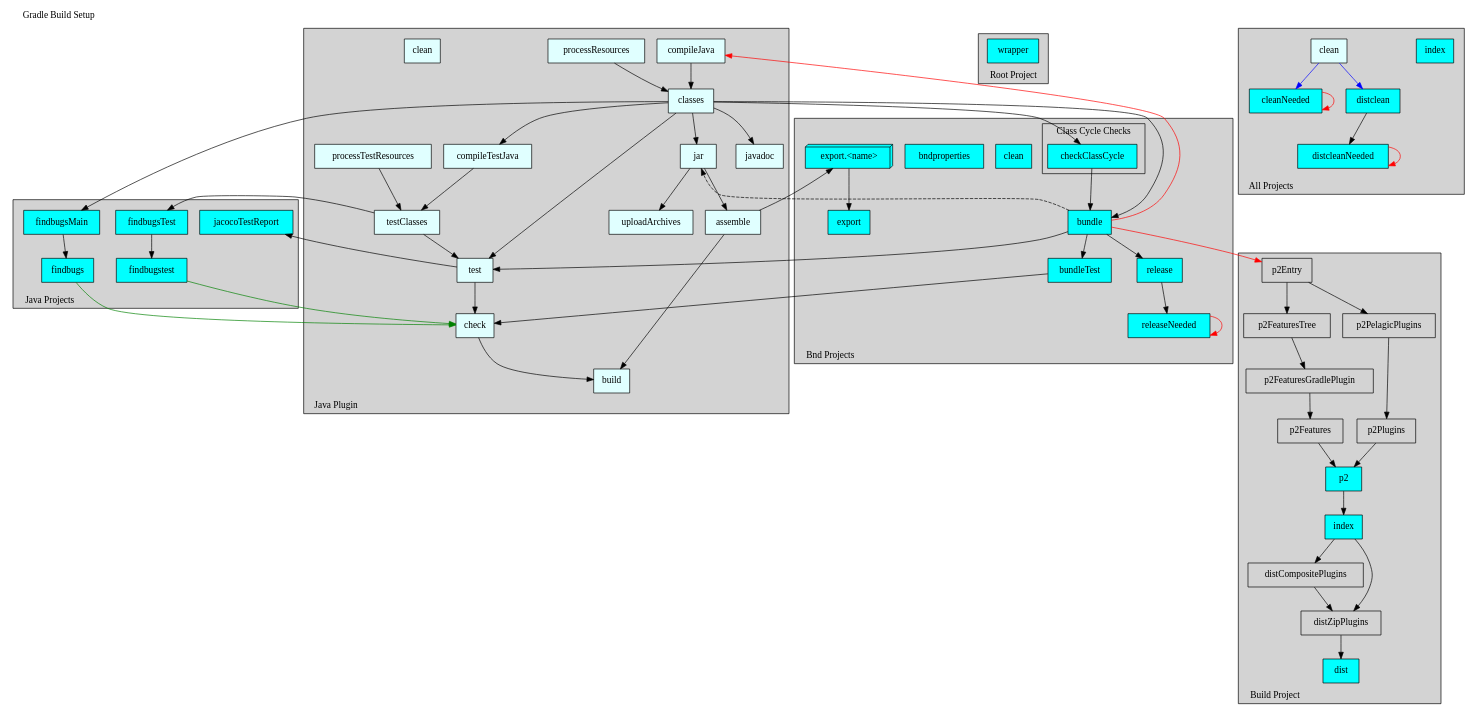
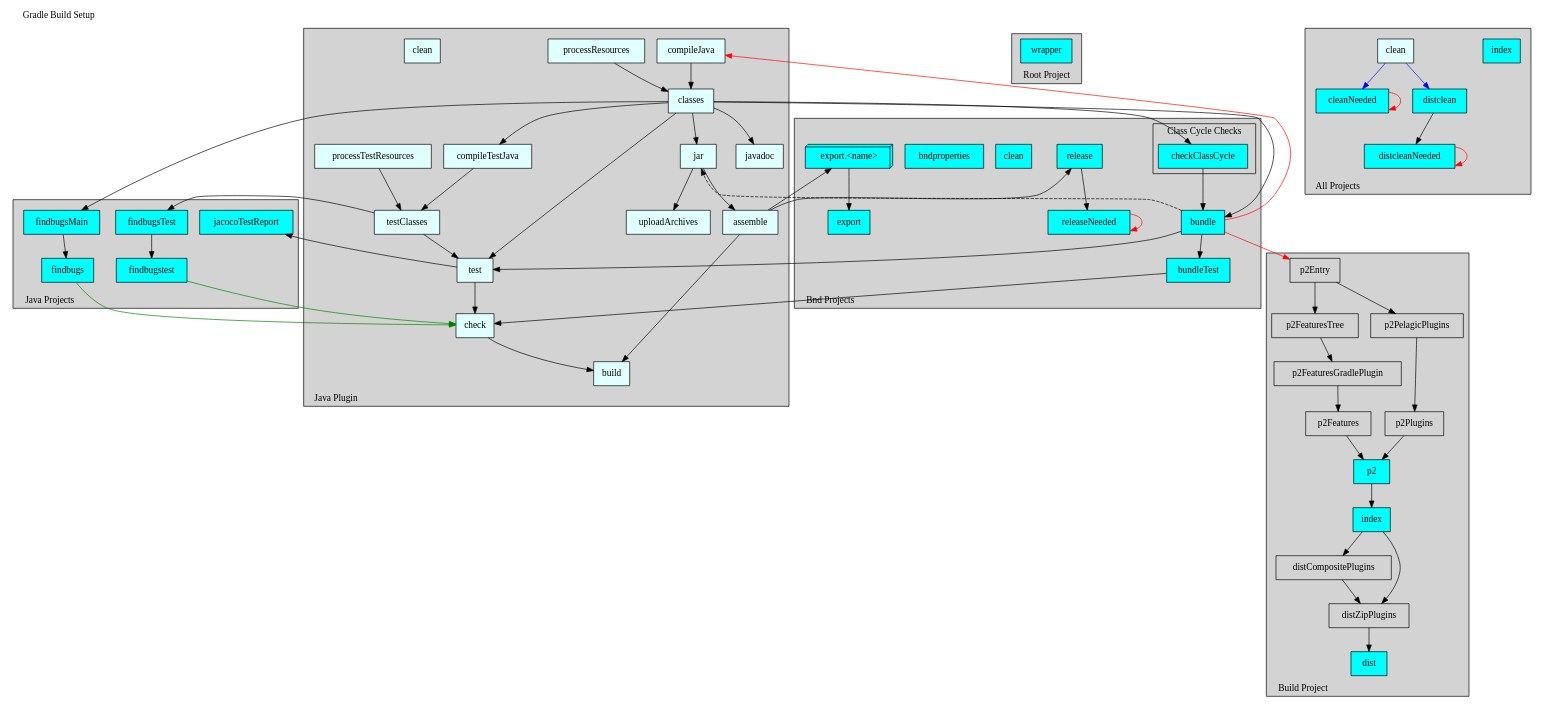
The diagram in cnf/gradle/doc/pelagic.dot (paulvi/bndtoolsPlugins), drawn with Graphviz before and after one commit. The commit also changed 7 other files, not shown here.

Commit message:
gradle: make release task depend on 'assemble' & whitespace fixes

```diff
--- a/cnf/gradle/doc/pelagic.dot
+++ b/cnf/gradle/doc/pelagic.dot
@@ -108,7 +108,7 @@
     bundle                 -> jar                [style=dashed]
     bundle                 -> bundleTest
     bundle                 -> test
-    bundle                 -> release
+    assemble               -> release
     assemble               -> exportX
     exportX                -> export
     bundleTest             -> check
```
